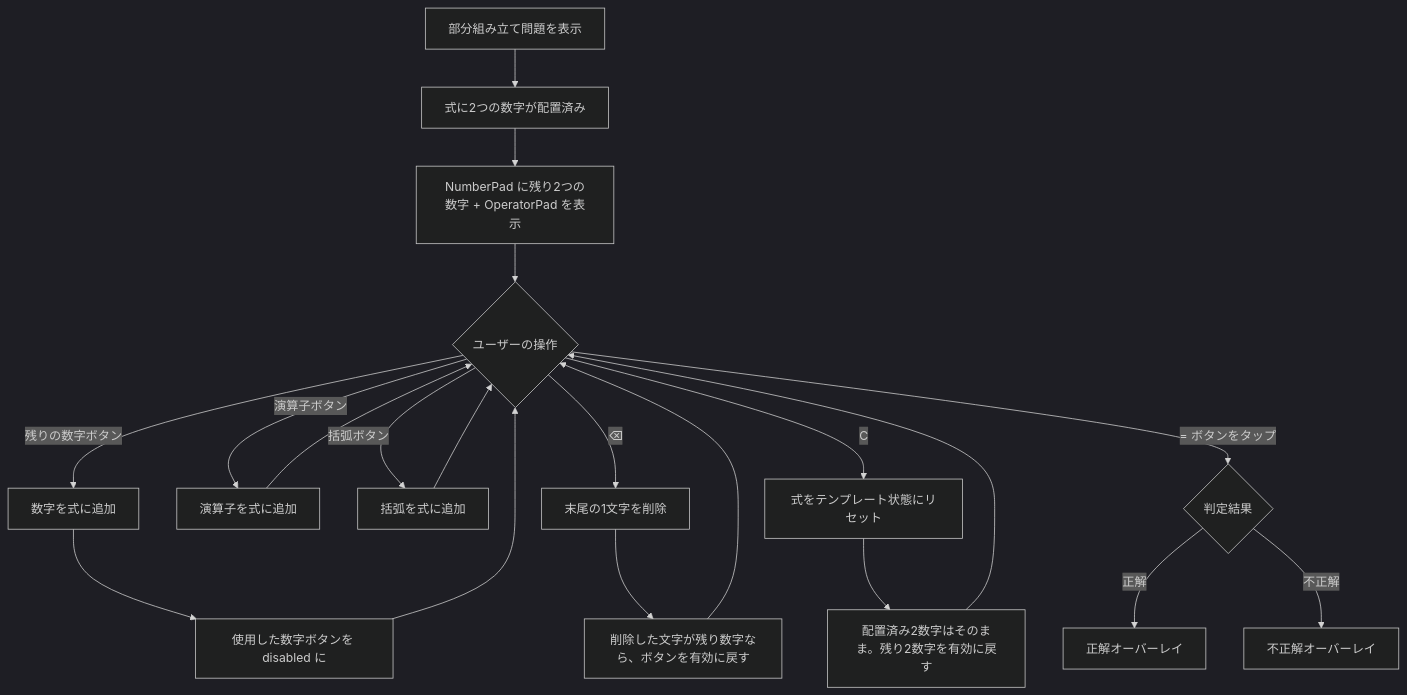
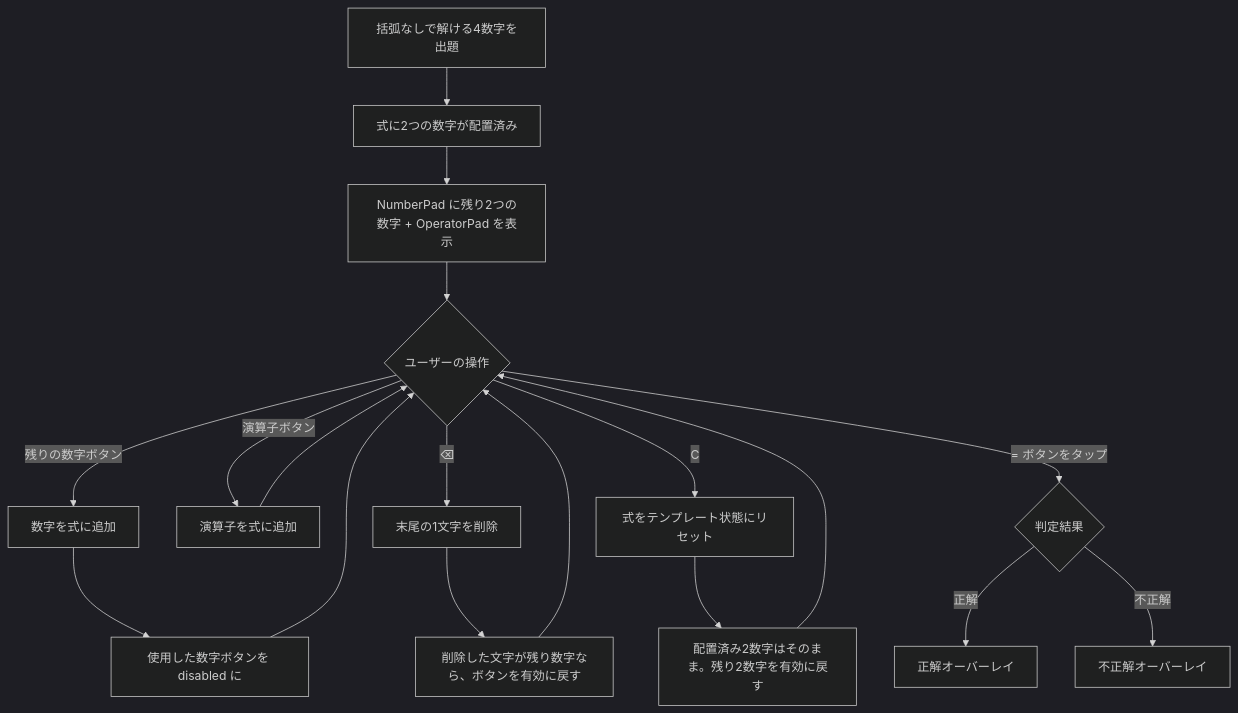
The fourth of 9 diagrams in docs/plan/ux-design.md (kaionn/make-10-pwa), drawn with Mermaid (dark theme) before and after one commit. The commit also changed other lines of this file and 1 other file, not shown here.

````diff
--- a/docs/plan/ux-design.md
+++ b/docs/plan/ux-design.md
@@ -162,22 +191,20 @@
 ```mermaid
 flowchart TD
-    A[部分組み立て問題を表示] --> B[式に2つの数字が配置済み]
+    A[括弧なしで解ける4数字を出題] --> B[式に2つの数字が配置済み]
     B --> C[NumberPad に残り2つの数字 + OperatorPad を表示]
     C --> D{ユーザーの操作}
     D -->|残りの数字ボタン| E[数字を式に追加]
     D -->|演算子ボタン| F[演算子を式に追加]
-    D -->|括弧ボタン| G[括弧を式に追加]
     D -->|⌫| H[末尾の1文字を削除]
     D -->|C| I[式をテンプレート状態にリセット]
     E --> J[使用した数字ボタンを disabled に]
     J --> D
     F --> D
-    G --> D
     H --> K[削除した文字が残り数字なら、ボタンを有効に戻す]
     K --> D
     I --> L[配置済み2数字はそのまま。残り2数字を有効に戻す]
     L --> D
     D -->|= ボタンをタップ| M{判定結果}
     M -->|正解| N[正解オーバーレイ]
     M -->|不正解| O[不正解オーバーレイ]
 ```
````
